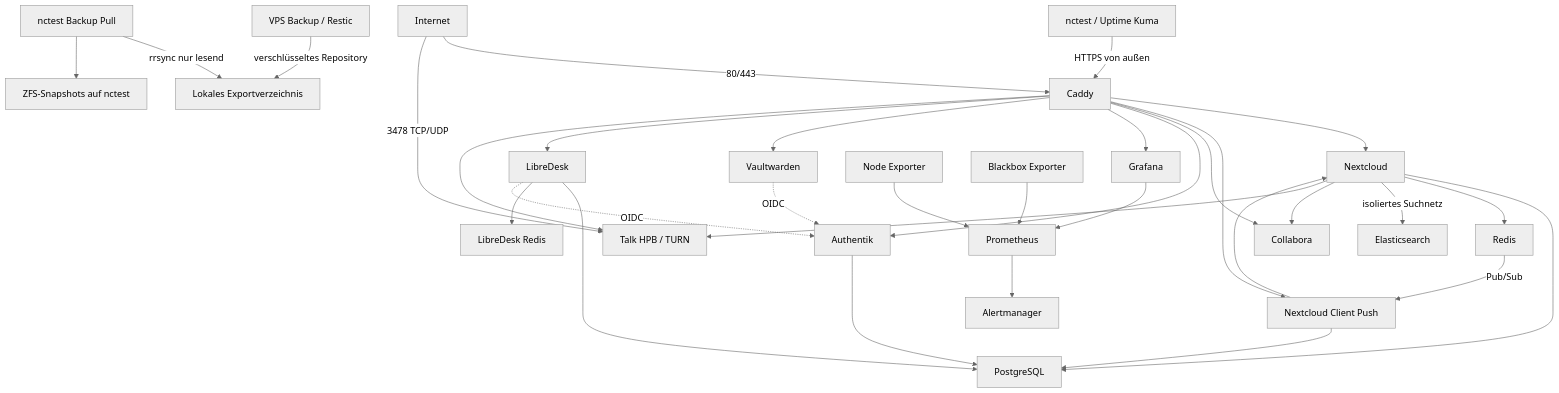
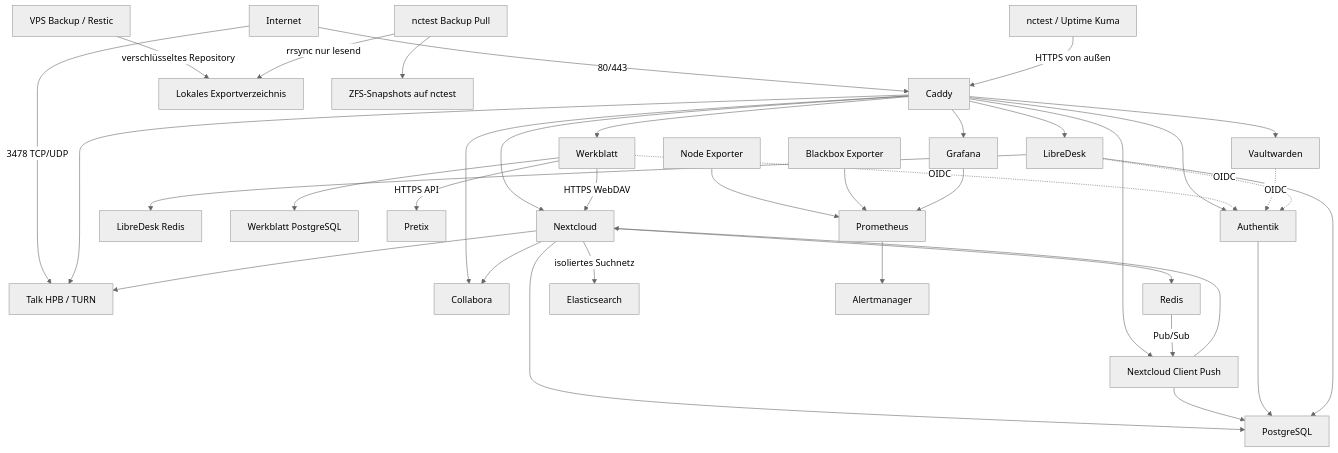
One commit to zircula-ev/infrastructure changed the diagram in docs/03-architecture.md. Above: the diagram before and after it, drawn with Mermaid (neutral theme). The commit also changed other lines of this file and 3 other files, not shown here.

````diff
--- a/docs/03-architecture.md
+++ b/docs/03-architecture.md
@@ -5,38 +5,43 @@
 ```mermaid
 flowchart TD
     Internet -->|80/443| Caddy
     Internet -->|3478 TCP/UDP| TalkHPB[Talk HPB / TURN]
     nctest[nctest / Uptime Kuma] -->|HTTPS von außen| Caddy
 
     Caddy --> Nextcloud
     Caddy --> NotifyPush[Nextcloud Client Push]
     Caddy --> Collabora
     Caddy --> Authentik
     Caddy --> Grafana
     Caddy --> Vaultwarden
     Caddy --> LibreDesk
+    Caddy --> Werkblatt
     Caddy --> TalkHPB
 
     Nextcloud --> PostgreSQL
     Nextcloud --> Redis
     Nextcloud -->|isoliertes Suchnetz| Elasticsearch
     Redis -->|Pub/Sub| NotifyPush
     NotifyPush --> PostgreSQL
     NotifyPush --> Nextcloud
     Nextcloud --> Collabora
     Nextcloud --> TalkHPB
     Authentik --> PostgreSQL
     LibreDesk --> PostgreSQL
     LibreDesk --> LibreDeskRedis[LibreDesk Redis]
+    Werkblatt --> WerkblattDB[Werkblatt PostgreSQL]
+    Werkblatt -.->|OIDC| Authentik
+    Werkblatt -->|HTTPS API| Pretix
+    Werkblatt -->|HTTPS WebDAV| Nextcloud
     Vaultwarden -.->|OIDC| Authentik
     LibreDesk -.->|OIDC| Authentik
 
     NodeExporter[Node Exporter] --> Prometheus
     BlackboxExporter[Blackbox Exporter] --> Prometheus
     Prometheus --> Alertmanager
     Grafana --> Prometheus
 
     VPSBackup[VPS Backup / Restic] -->|verschlüsseltes Repository| VPSExport[Lokales Exportverzeichnis]
     nctestBackup[nctest Backup Pull] -->|rrsync nur lesend| VPSExport
     nctestBackup --> ZFSSnapshots[ZFS-Snapshots auf nctest]
 ```
````
